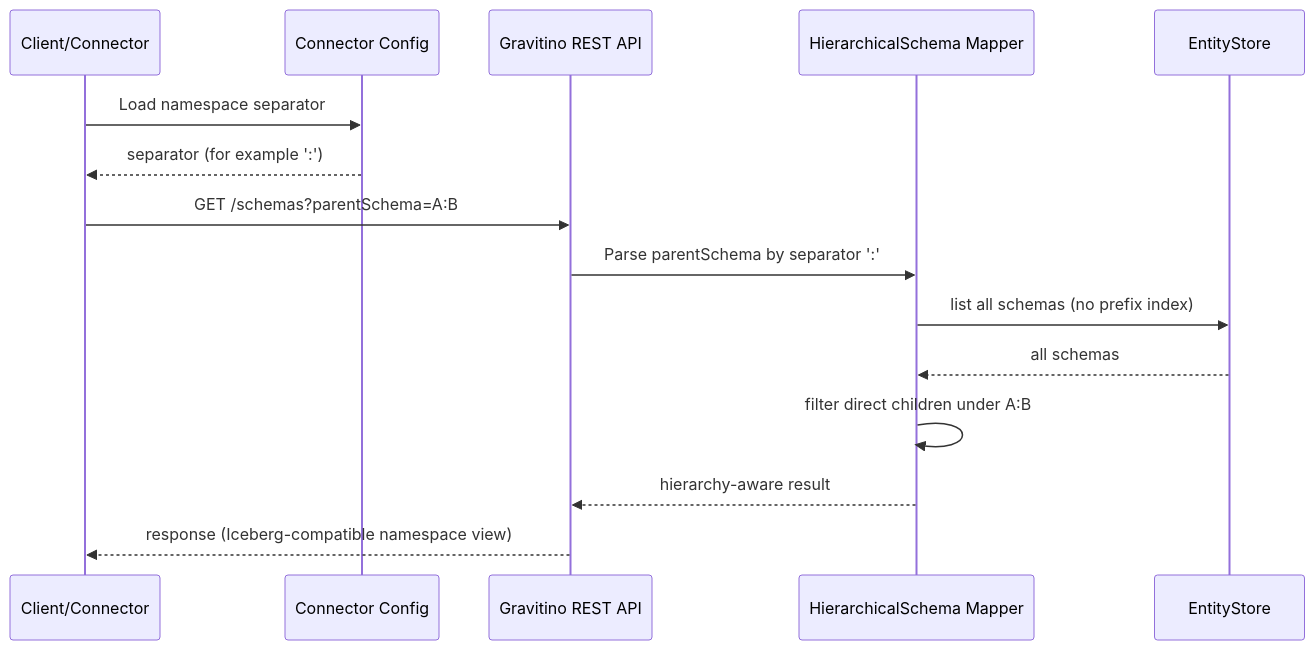
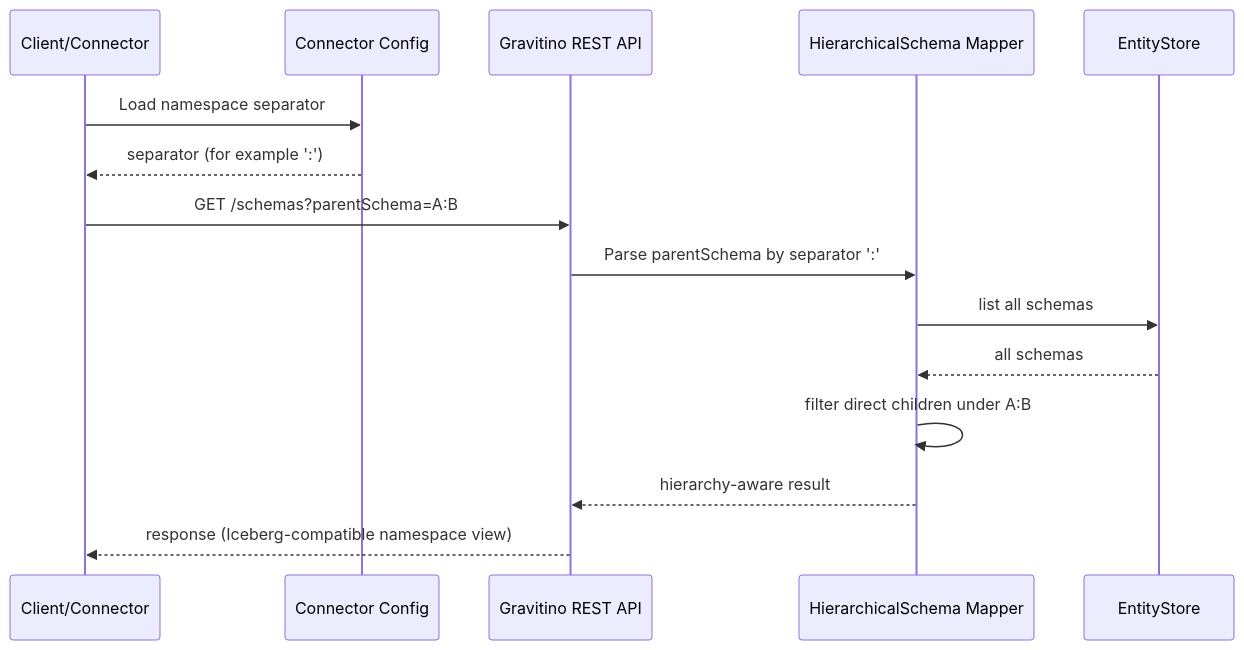
Before and after one commit to apache/gravitino: the diagram in design-docs/iceberg-supported-nested-namespace.md, drawn with Mermaid. The commit also changed other lines of this file, not shown here.

````diff
--- a/design-docs/iceberg-supported-nested-namespace.md
+++ b/design-docs/iceberg-supported-nested-namespace.md
@@ -160,18 +160,18 @@
 ```mermaid
 sequenceDiagram
   participant Client as Client/Connector
   participant Config as Connector Config
   participant API as Gravitino REST API
   participant Mapper as HierarchicalSchema Mapper
   participant Store as EntityStore
 
   Client->>Config: Load namespace separator
   Config-->>Client: separator (for example ':')
   Client->>API: GET /schemas?parentSchema=A:B
   API->>Mapper: Parse parentSchema by separator ':'
-  Mapper->>Store: list all schemas (no prefix index)
+  Mapper->>Store: list all schemas
   Store-->>Mapper: all schemas
   Mapper->>Mapper: filter direct children under A:B
   Mapper-->>API: hierarchy-aware result
   API-->>Client: response (Iceberg-compatible namespace view)
 ```
````
